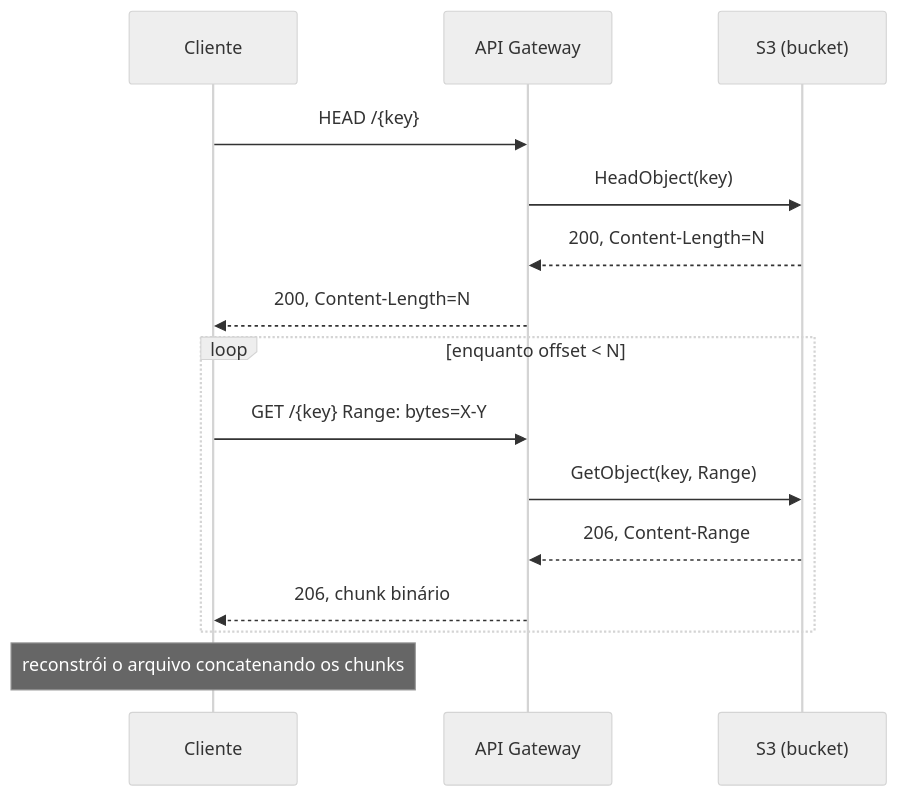
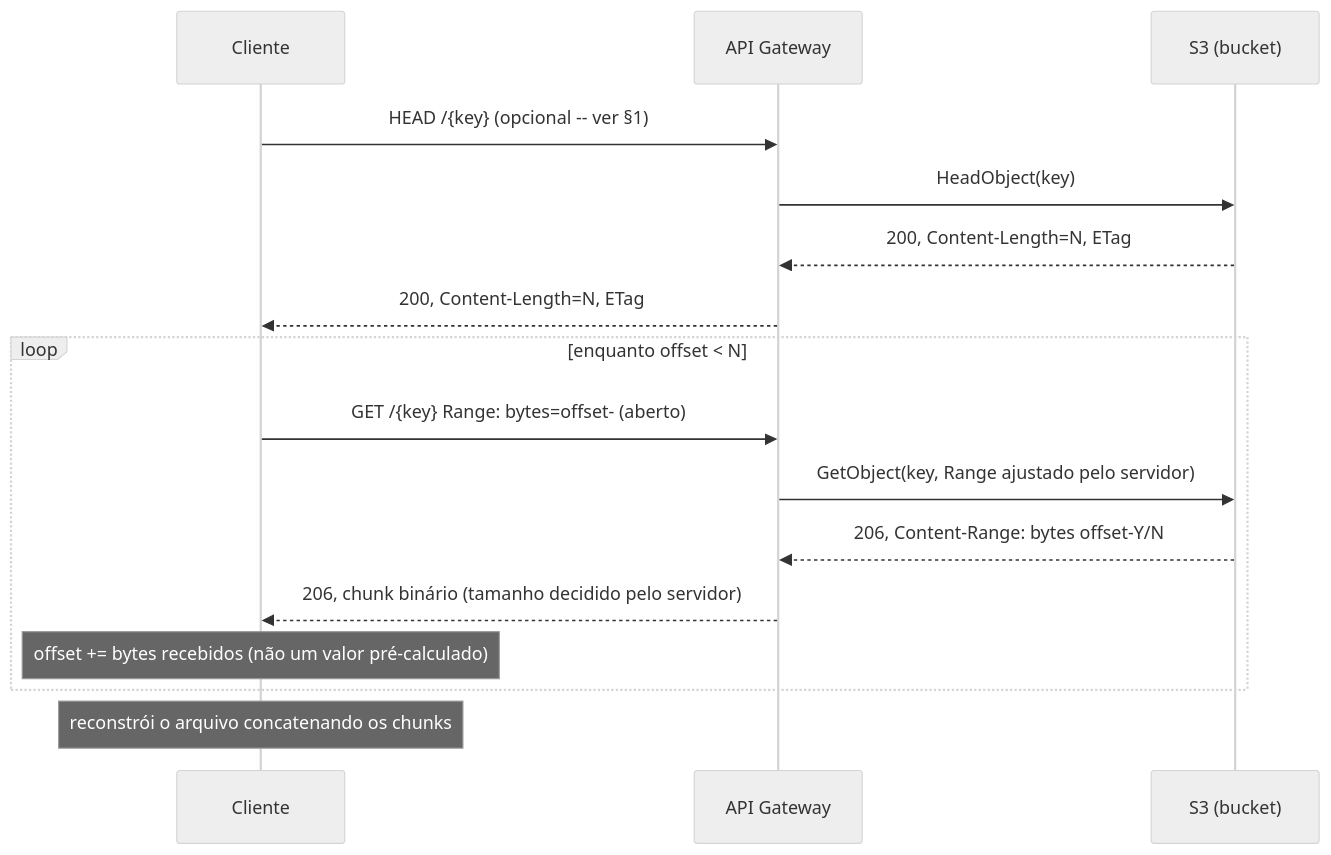
The first of 4 diagrams in docs/client-behavior.md (brunojet/apigw-transfer), drawn with Mermaid (neutral theme) before and after one commit. The commit also changed other lines of this file and 4 other files, not shown here.

First line of the commit message:
docs: add ADR, architecture overview, AWS diagram; revise client contract

````diff
--- a/docs/client-behavior.md
+++ b/docs/client-behavior.md
@@ -27,19 +43,20 @@
 ```mermaid
 sequenceDiagram
     participant C as Cliente
     participant AGW as API Gateway
     participant S3 as S3 (bucket)
 
-    C->>AGW: HEAD /{key}
+    C->>AGW: HEAD /{key}  (opcional -- ver §1)
     AGW->>S3: HeadObject(key)
-    S3-->>AGW: 200, Content-Length=N
-    AGW-->>C: 200, Content-Length=N
+    S3-->>AGW: 200, Content-Length=N, ETag
+    AGW-->>C: 200, Content-Length=N, ETag
 
     loop enquanto offset < N
-        C->>AGW: GET /{key}  Range: bytes=X-Y
-        AGW->>S3: GetObject(key, Range)
-        S3-->>AGW: 206, Content-Range
-        AGW-->>C: 206, chunk binário
+        C->>AGW: GET /{key}  Range: bytes=offset-  (aberto)
+        AGW->>S3: GetObject(key, Range ajustado pelo servidor)
+        S3-->>AGW: 206, Content-Range: bytes offset-Y/N
+        AGW-->>C: 206, chunk binário (tamanho decidido pelo servidor)
+        Note over C: offset += bytes recebidos (não um valor pré-calculado)
     end
     Note over C: reconstrói o arquivo concatenando os chunks
 ```
````
